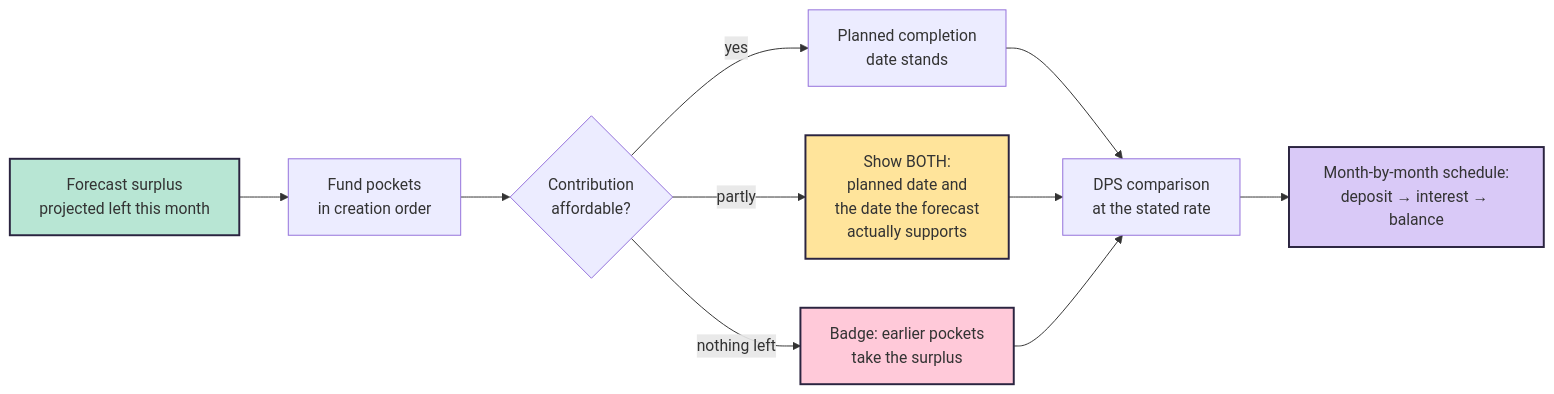
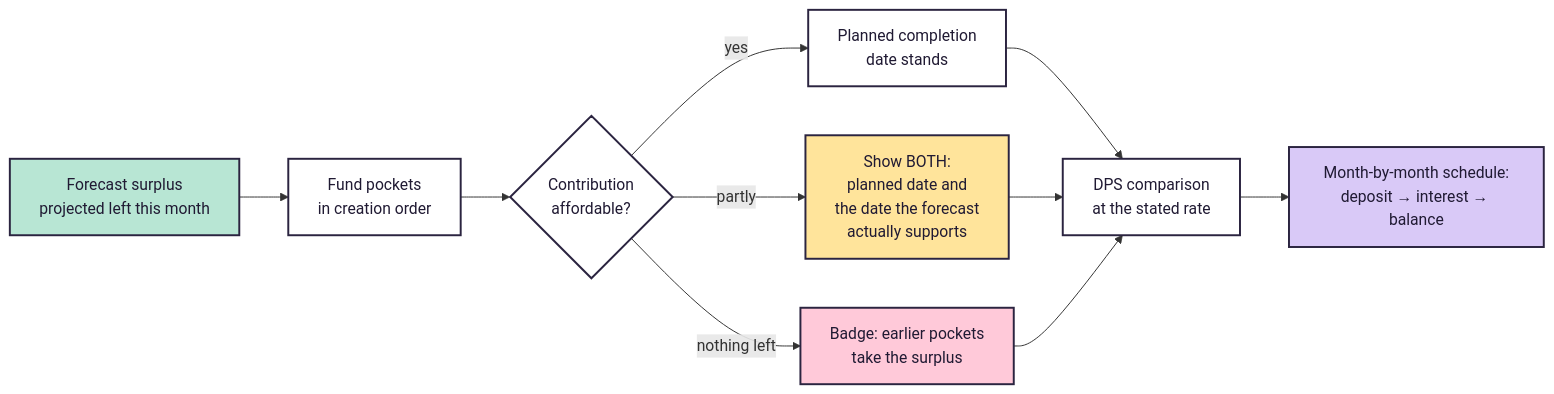
The fourth of 6 diagrams in README.md (AuvroIslam/lsh26-t033-p12), drawn with Mermaid before and after one commit. The commit also changed other lines of this file, not shown here.

First line of the commit message:
Fix diagram contrast and use the slides as illustration, not a gallery

````diff
--- a/README.md
+++ b/README.md
@@ -243,17 +286,25 @@
 ```mermaid
 flowchart LR
+    classDef default fill:#ffffff,stroke:#2b2440,stroke-width:2px,color:#201a33;
     A["Forecast surplus<br/>projected left this month"] --> B["Fund pockets<br/>in creation order"]
     B --> C{"Contribution<br/>affordable?"}
     C -->|"yes"| D["Planned completion<br/>date stands"]
     C -->|"partly"| E["Show BOTH:<br/>planned date and<br/>the date the forecast<br/>actually supports"]
     C -->|"nothing left"| F["Badge: earlier pockets<br/>take the surplus"]
     D --> G["DPS comparison<br/>at the stated rate"]
     E --> G
     F --> G
     G --> H["Month-by-month schedule:<br/>deposit → interest → balance"]
 
-    style A fill:#b8e6d4,stroke:#2b2440,stroke-width:2px
-    style E fill:#ffe49b,stroke:#2b2440,stroke-width:2px
-    style F fill:#ffc9d9,stroke:#2b2440,stroke-width:2px
-    style H fill:#d9c9f7,stroke:#2b2440,stroke-width:2px
+    classDef lav fill:#f4f0fd,stroke:#2b2440,stroke-width:2px,color:#201a33;
+    classDef lilac fill:#d9c9f7,stroke:#2b2440,stroke-width:2px,color:#201a33;
+    classDef mint fill:#b8e6d4,stroke:#2b2440,stroke-width:2px,color:#201a33;
+    classDef butter fill:#ffe49b,stroke:#2b2440,stroke-width:2px,color:#201a33;
+    classDef peach fill:#ffcfa8,stroke:#2b2440,stroke-width:2px,color:#201a33;
+    classDef blush fill:#ffc9d9,stroke:#2b2440,stroke-width:2px,color:#201a33;
+    classDef sky fill:#bcd9f7,stroke:#2b2440,stroke-width:2px,color:#201a33;
+    class A mint;
+    class E butter;
+    class F blush;
+    class H lilac;
 ```
````
